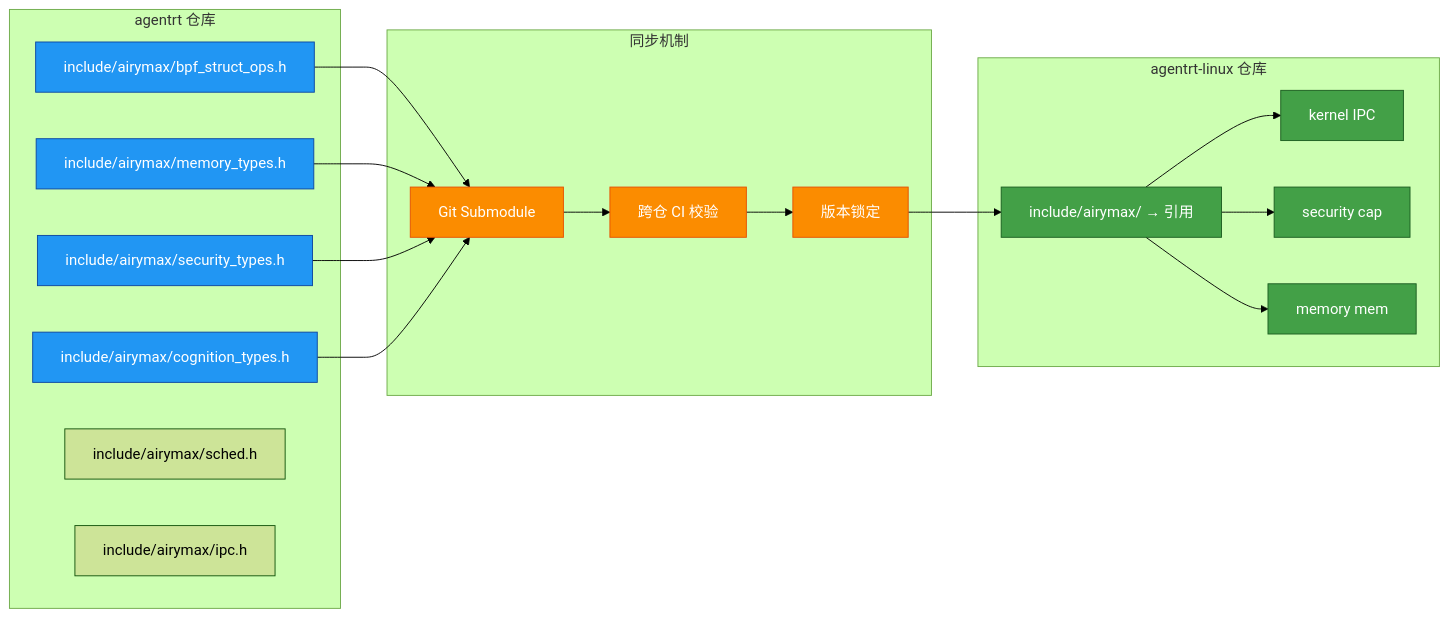
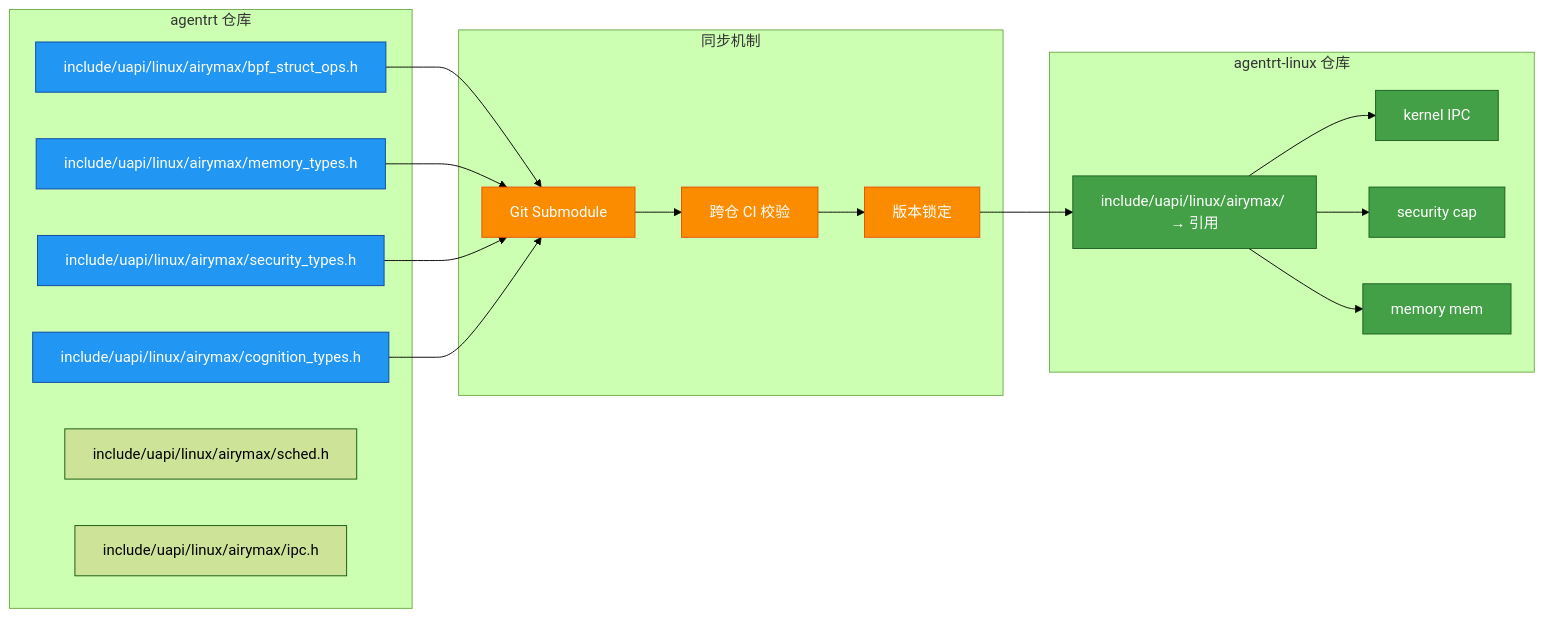
The fourth of 4 diagrams in AirymaxOS/50-engineering-standards/40-integration/integration.md (openairymax/docs), drawn with Mermaid (forest theme) before and after one commit. The commit also changed other lines of this file and 125 other files, not shown here.

````diff
--- a/AirymaxOS/50-engineering-standards/40-integration/integration.md
+++ b/AirymaxOS/50-engineering-standards/40-integration/integration.md
@@ -737,43 +737,43 @@
 ```mermaid
 graph LR
     subgraph "agentrt 仓库"
-        A1[include/airymax/bpf_struct_ops.h]
-        A2[include/airymax/memory_types.h]
-        A3[include/airymax/security_types.h]
-        A4[include/airymax/cognition_types.h]
-        A5[include/airymax/sched.h]
-        A6[include/airymax/ipc.h]
+        A1[include/uapi/linux/airymax/bpf_struct_ops.h]
+        A2[include/uapi/linux/airymax/memory_types.h]
+        A3[include/uapi/linux/airymax/security_types.h]
+        A4[include/uapi/linux/airymax/cognition_types.h]
+        A5[include/uapi/linux/airymax/sched.h]
+        A6[include/uapi/linux/airymax/ipc.h]
     end
 
     subgraph "同步机制"
         S1[Git Submodule]
         S2[跨仓 CI 校验]
         S3[版本锁定]
     end
 
     subgraph "agentrt-linux 仓库"
-        B1[include/airymax/ → 引用]
+        B1[include/uapi/linux/airymax/ → 引用]
         B2[kernel IPC]
         B3[security cap]
         B4[memory mem]
     end
 
     A1 --> S1
     A2 --> S1
     A3 --> S1
     A4 --> S1
     S1 --> S2
     S2 --> S3
     S3 --> B1
     B1 --> B2
     B1 --> B3
     B1 --> B4
 
     classDef agentrt fill:#2196f3,stroke:#0d47a1,color:#ffffff
     classDef sync fill:#fb8c00,stroke:#e65100,color:#ffffff
     classDef os fill:#43a047,stroke:#1b5e20,color:#ffffff
 
     class A1,A2,A3,A4 agentrt
     class S1,S2,S3 sync
     class B1,B2,B3,B4 os
 ```
````
